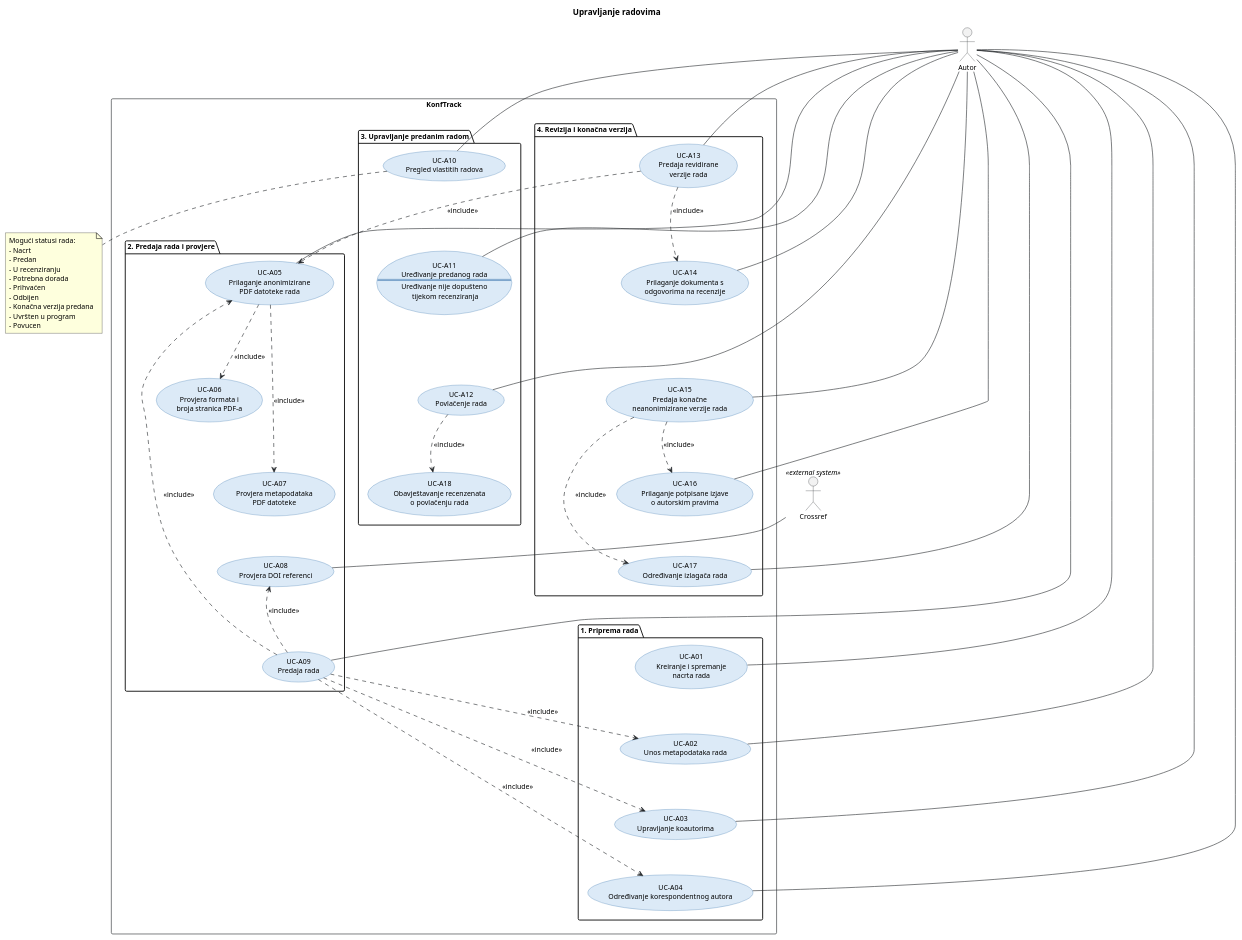
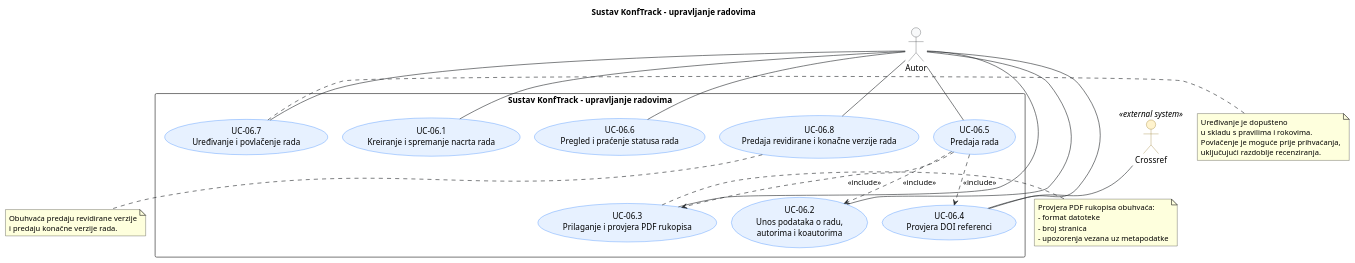
The diagram in docs/puml/3-3-konftrack-radovi-UC.puml (antoniopasa/KonfTrack_novi), drawn with PlantUML before and after one commit. The commit also changed other lines of this file, not shown here.

```diff
--- a/docs/puml/3-3-konftrack-radovi-UC.puml
+++ b/docs/puml/3-3-konftrack-radovi-UC.puml
@@ -23,159 +17,105 @@
-@startuml UC_Upravljanje_radovima
-
-title Upravljanje radovima
-
+@startuml
+title Sustav KonfTrack – upravljanje radovima
 top to bottom direction
 
-skinparam backgroundColor white
 skinparam shadowing false
 skinparam defaultFontName Arial
-skinparam defaultFontSize 12
 skinparam ArrowColor #212529
-skinparam ActorBorderColor #212529
-skinparam ActorBackgroundColor #F2F2F2
-skinparam UseCaseBorderColor #3973AC
-skinparam UseCaseBackgroundColor #DCEAF7
-skinparam RectangleBorderColor #212529
+skinparam nodesep 25
+skinparam ranksep 35
 
-actor "Autor" as Author
-actor "Crossref" as Crossref <<external system>>
-
-rectangle "KonfTrack" {
-
-    package "1. Priprema rada" {
-
-        usecase "UC-A01\nKreiranje i spremanje\nnacrta rada" as UCA_01
-
-        usecase "UC-A02\nUnos metapodataka rada" as UCA_02
-
-        usecase "UC-A03\nUpravljanje koautorima" as UCA_03
-
-        usecase "UC-A04\nOdređivanje korespondentnog autora" as UCA_04
-    }
-
-    package "2. Predaja rada i provjere" {
-
-        usecase "UC-A05\nPrilaganje anonimizirane\nPDF datoteke rada" as UCA_05
-
-        usecase "UC-A06\nProvjera formata i\nbroja stranica PDF-a" as UCA_06
-
-        usecase "UC-A07\nProvjera metapodataka\nPDF datoteke" as UCA_07
-
-        usecase "UC-A08\nProvjera DOI referenci" as UCA_08
-
-        usecase "UC-A09\nPredaja rada" as UCA_09
-    }
-
-    package "3. Upravljanje predanim radom" {
-
-        usecase "UC-A10\nPregled vlastitih radova" as UCA_10
-
-        usecase "UC-A11\nUređivanje predanog rada\n==\nUređivanje nije dopušteno\n tijekom recenziranja" as UCA_11
-
-        usecase "UC-A12\nPovlačenje rada" as UCA_12
-
-        usecase "UC-A18\nObavještavanje recenzenata\no povlačenju rada" as UCA_18
-    }
-
-    package "4. Revizija i konačna verzija" {
-
-        usecase "UC-A13\nPredaja revidirane\nverzije rada" as UCA_13
-
-        usecase "UC-A14\nPrilaganje dokumenta s\nodgovorima na recenzije" as UCA_14
-
-        usecase "UC-A15\nPredaja konačne\nneanonimizirane verzije rada" as UCA_15
-
-        usecase "UC-A16\nPrilaganje potpisane izjave\no autorskim pravima" as UCA_16
-
-        usecase "UC-A17\nOdređivanje izlagača rada" as UCA_17
-    }
+skinparam actor {
+    BackgroundColor #F8F9FA
+    BorderColor #212529
+    BackgroundColor<<external system>> #FFF3CD
+    BorderColor<<external system>> #856404
 }
 
-' ------------------------------------------------------------
-' Povezanost aktera i slučajeva korištenja
-' ------------------------------------------------------------
+skinparam usecase {
+    BackgroundColor #E7F1FF
+    BorderColor #0D6EFD
+}
 
-Author -- UCA_01
-Author -- UCA_02
-Author -- UCA_03
-Author -- UCA_04
-Author -- UCA_05
-Author -- UCA_09
-Author -- UCA_10
-Author -- UCA_11
-Author -- UCA_12
-Author -- UCA_13
-Author -- UCA_14
-Author -- UCA_15
-Author -- UCA_16
-Author -- UCA_17
+' ==============================================================================
+' Primarni i sekundarni akteri
+' ==============================================================================
 
-Crossref -- UCA_08
+actor Author as "Autor"
+actor Crossref <<external system>>
 
-' ------------------------------------------------------------
-' Odnosi include
-' ------------------------------------------------------------
+' ==============================================================================
+' Granica sustava
+' ==============================================================================
 
-' Predaja rada uključuje potrebne podatke i dokumentaciju
-UCA_09 ..> UCA_02 : <<include>>
-UCA_09 ..> UCA_03 : <<include>>
-UCA_09 ..> UCA_04 : <<include>>
-UCA_09 ..> UCA_05 : <<include>>
-UCA_09 ..> UCA_08 : <<include>>
+rectangle "Sustav KonfTrack – upravljanje radovima" {
 
-' Provjere priložene PDF datoteke
-UCA_05 ..> UCA_06 : <<include>>
-UCA_05 ..> UCA_07 : <<include>>
+    (UC-06.1\nKreiranje i spremanje nacrta rada) as UC_061
 
-' Revidirana verzija uključuje novu datoteku
-' i dokument s odgovorima na recenzije
-UCA_13 ..> UCA_05 : <<include>>
-UCA_13 ..> UCA_14 : <<include>>
+    (UC-06.2\nUnos podataka o radu,\nautorima i koautorima) as UC_062
 
-' Konačna verzija uključuje izjavu i određivanje izlagača
-UCA_15 ..> UCA_16 : <<include>>
-UCA_15 ..> UCA_17 : <<include>>
+    (UC-06.3\nPrilaganje i provjera PDF rukopisa) as UC_063
 
-' Povlačenje rada pokreće obavještavanje recenzenata
-UCA_12 ..> UCA_18 : <<include>>
+    (UC-06.4\nProvjera DOI referenci) as UC_064
 
-' ------------------------------------------------------------
-' Pomoćne veze za raspored elemenata
-' ------------------------------------------------------------
+    (UC-06.5\nPredaja rada) as UC_065
 
-UCA_01 -[hidden]down-> UCA_02
-UCA_02 -[hidden]down-> UCA_03
-UCA_03 -[hidden]down-> UCA_04
+    (UC-06.6\nPregled i praćenje statusa rada) as UC_066
 
-UCA_05 -[hidden]down-> UCA_06
-UCA_06 -[hidden]down-> UCA_07
-UCA_07 -[hidden]down-> UCA_08
-UCA_08 -[hidden]down-> UCA_09
+    (UC-06.7\nUređivanje i povlačenje rada) as UC_067
 
-UCA_10 -[hidden]down-> UCA_11
-UCA_11 -[hidden]down-> UCA_12
-UCA_12 -[hidden]down-> UCA_18
+    (UC-06.8\nPredaja revidirane i konačne verzije rada) as UC_068
+}
 
-UCA_13 -[hidden]down-> UCA_14
-UCA_14 -[hidden]down-> UCA_15
-UCA_15 -[hidden]down-> UCA_16
-UCA_16 -[hidden]down-> UCA_17
+' ==============================================================================
+' Asocijacije aktera i slučajeva uporabe
+' ==============================================================================
 
-' ------------------------------------------------------------
-' Mogući statusi rada
-' ------------------------------------------------------------
+Author -- UC_061
+Author -- UC_062
+Author -- UC_063
+Author -- UC_064
+Author -- UC_065
+Author -- UC_066
+Author -- UC_067
+Author -- UC_068
 
-note bottom of UCA_10
-  Mogući statusi rada:
-  - Nacrt
-  - Predan
-  - U recenziranju
-  - Potrebna dorada
-  - Prihvaćen
-  - Odbijen
-  - Konačna verzija predana
-  - Uvršten u program
-  - Povucen
+Crossref -- UC_064
+
+' ==============================================================================
+' Veze između slučajeva uporabe
+' ==============================================================================
+
+' Predaja rada podrazumijeva unos podataka i prilaganje rukopisa.
+UC_065 ..> UC_062 : <<include>>
+UC_065 ..> UC_063 : <<include>>
+
+' Provjera DOI referenci provodi se u sklopu predaje rada.
+UC_065 ..> UC_064 : <<include>>
+
+' Revidirana i konačna verzija dio su životnog ciklusa rada.
+' Njihovi posebni dokumenti i uvjeti opisani su u specifikaciji.
+
+' ==============================================================================
+' Napomene
+' ==============================================================================
+
+note right of UC_063
+  Provjera PDF rukopisa obuhvaća:
+  - format datoteke
+  - broj stranica
+  - upozorenja vezana uz metapodatke
+end note
+
+note right of UC_067
+  Uređivanje je dopušteno
+  u skladu s pravilima i rokovima.
+  Povlačenje je moguće prije prihvaćanja,
+  uključujući razdoblje recenziranja.
+end note
+
+note bottom of UC_068
+  Obuhvaća predaju revidirane verzije
+  i predaju konačne verzije rada.
 end note
 
 @enduml
```
